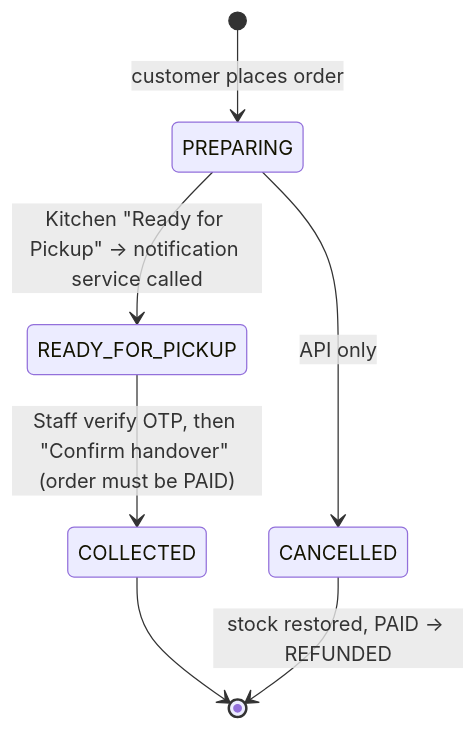
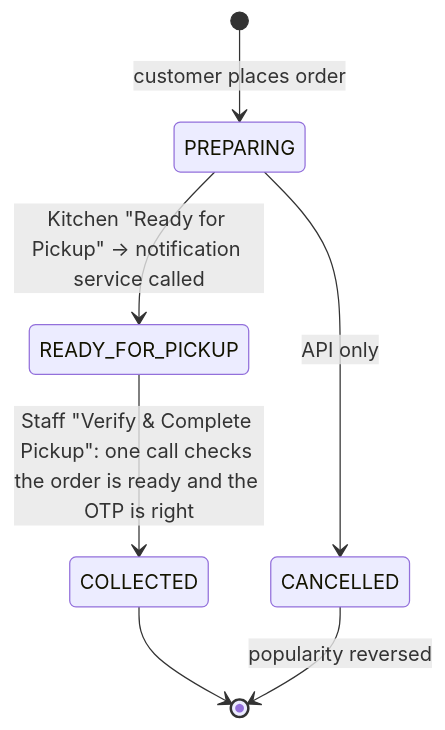
Before and after one commit to Arun-N-M-07/NoQ: the third of 6 diagrams in docs/ARCHITECTURE.md, drawn with Mermaid. The commit also changed other lines of this file and 45 other files, not shown here.

````diff
--- a/docs/ARCHITECTURE.md
+++ b/docs/ARCHITECTURE.md
@@ -178,9 +141,9 @@
 ```mermaid
 stateDiagram-v2
     [*] --> PREPARING : customer places order
     PREPARING --> READY_FOR_PICKUP : Kitchen "Ready for Pickup" → notification service called
     PREPARING --> CANCELLED : API only
-    READY_FOR_PICKUP --> COLLECTED : Staff verify OTP, then "Confirm handover" (order must be PAID)
+    READY_FOR_PICKUP --> COLLECTED : Staff "Verify & Complete Pickup": one call checks the order is ready and the OTP is right
     COLLECTED --> [*]
-    CANCELLED --> [*] : stock restored, PAID → REFUNDED
+    CANCELLED --> [*] : popularity reversed
 ```
````
